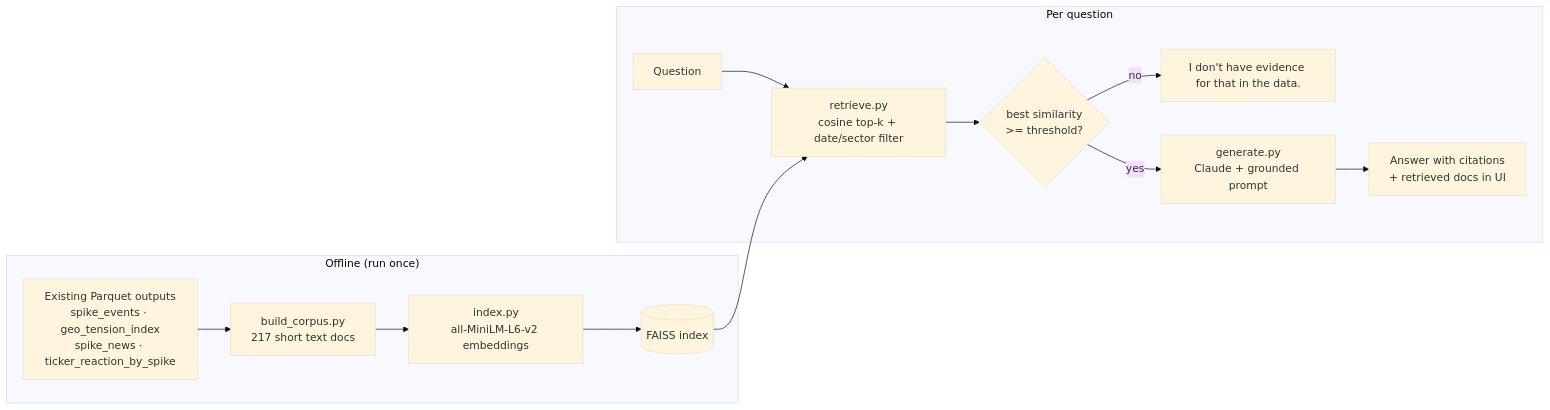
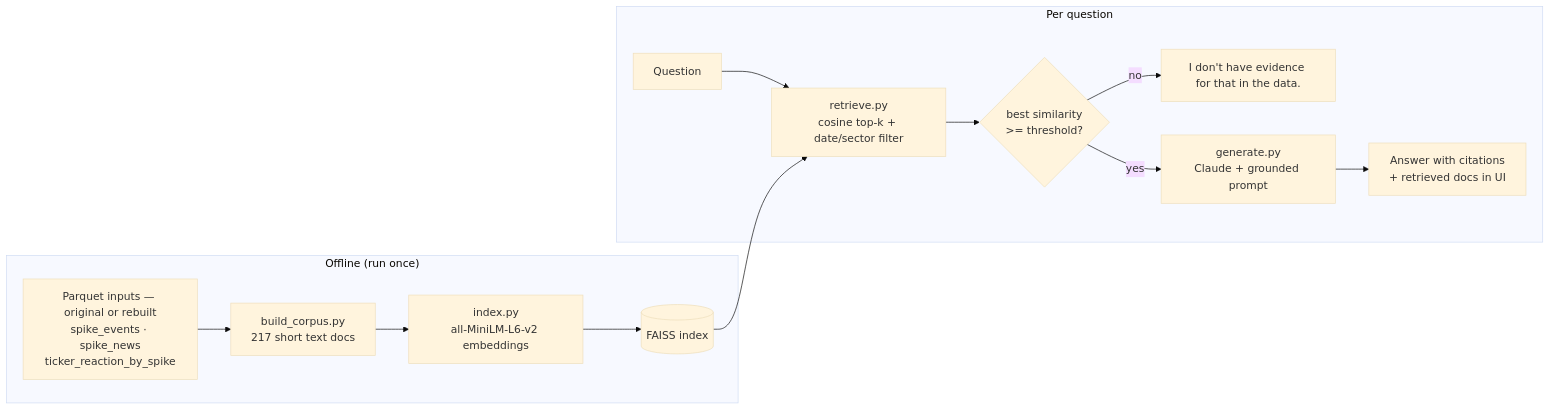
One commit to jjeong4335/gdelt-risk-platform changed the diagram in README.md. Above: the diagram before and after it, drawn with Mermaid (base theme). The commit also changed other lines of this file and 1 other file, not shown here.

````diff
--- a/README.md
+++ b/README.md
@@ -320,17 +336,17 @@
 ```mermaid
 flowchart LR
     subgraph Offline["Offline (run once)"]
-        P[Existing Parquet outputs<br/>spike_events · geo_tension_index<br/>spike_news · ticker_reaction_by_spike]
+        P[Parquet inputs — original or rebuilt<br/>spike_events · spike_news<br/>ticker_reaction_by_spike]
         P --> C[build_corpus.py<br/>217 short text docs]
         C --> E[index.py<br/>all-MiniLM-L6-v2 embeddings]
         E --> F[(FAISS index)]
     end
     subgraph Online["Per question"]
         Q[Question] --> R[retrieve.py<br/>cosine top-k + date/sector filter]
         F --> R
         R --> G{best similarity<br/>>= threshold?}
         G -- no --> X["I don't have evidence for that in the data."]
         G -- yes --> L[generate.py<br/>Claude + grounded prompt]
         L --> A[Answer with citations<br/>+ retrieved docs in UI]
     end
 ```
````
